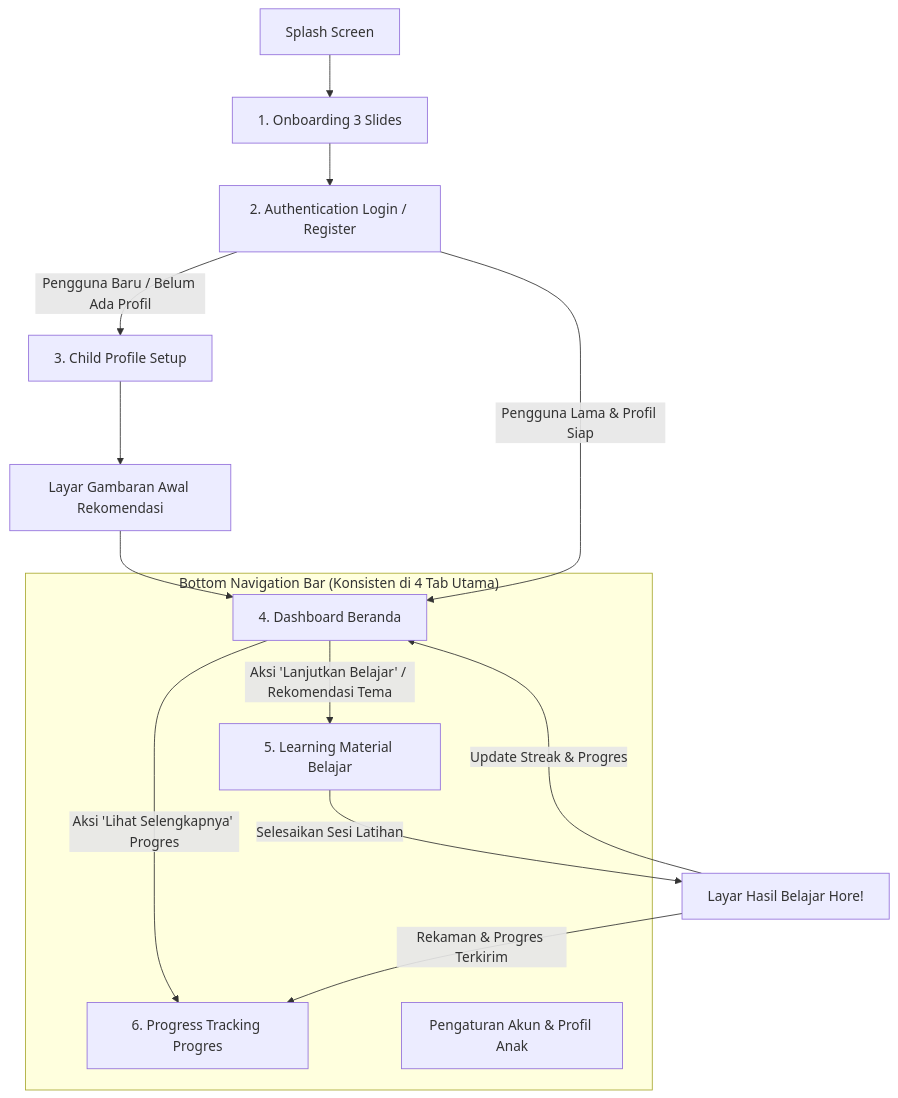
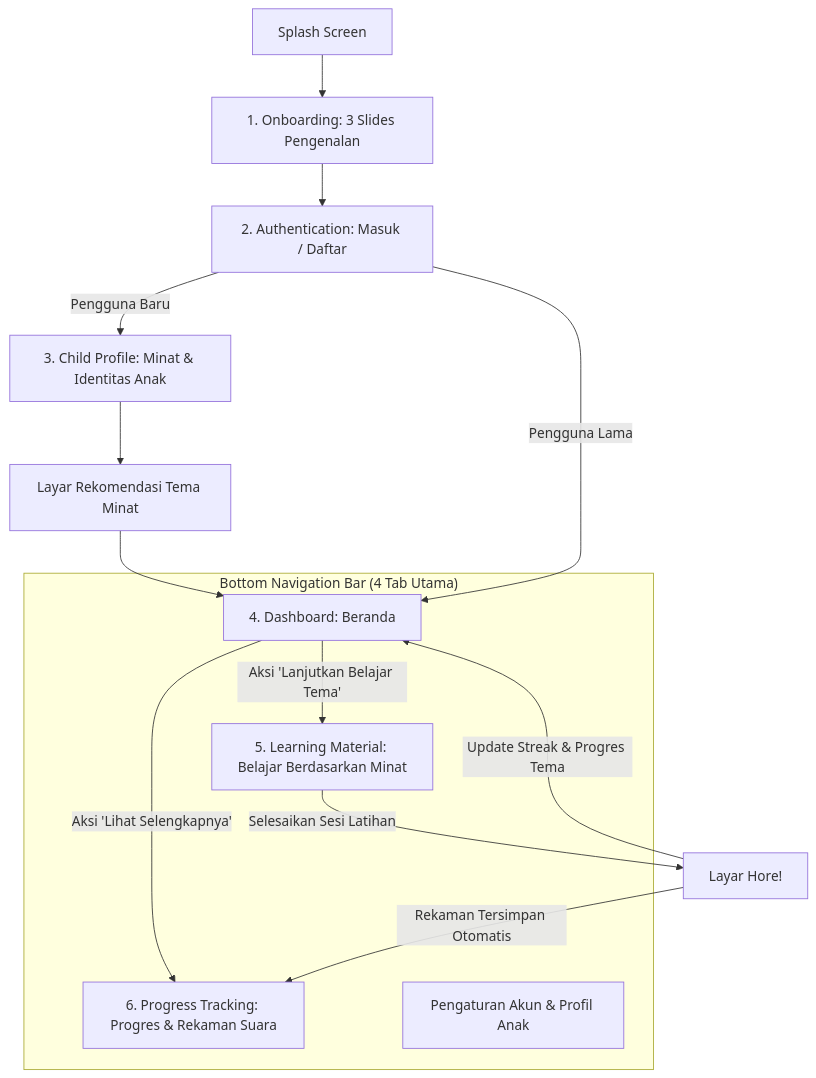
The diagram in PRD.md (nabathnm/prd-celoteh), drawn with Mermaid before and after one commit. The commit also changed other lines of this file and 6 other files, not shown here.

````diff
--- a/PRD.md
+++ b/PRD.md
@@ -86,24 +88,24 @@
 ```mermaid
 flowchart TD
-    Splash[Splash Screen] --> Onboarding[1. Onboarding 3 Slides]
-    Onboarding --> Auth[2. Authentication Login / Register]
+    Splash[Splash Screen] --> Onboarding[1. Onboarding: 3 Slides Pengenalan]
+    Onboarding --> Auth[2. Authentication: Masuk / Daftar]
     
-    Auth -->|Pengguna Baru / Belum Ada Profil| ChildProfile[3. Child Profile Setup]
-    ChildProfile --> BaselineSummary[Layar Gambaran Awal Rekomendasi]
-    BaselineSummary --> Dashboard[4. Dashboard Beranda]
+    Auth -->|Pengguna Baru| ChildProfile[3. Child Profile: Minat & Identitas Anak]
+    ChildProfile --> Summary[Layar Rekomendasi Tema Minat]
+    Summary --> Dashboard[4. Dashboard: Beranda]
     
-    Auth -->|Pengguna Lama & Profil Siap| Dashboard
+    Auth -->|Pengguna Lama| Dashboard
     
-    subgraph BottomNav ["Bottom Navigation Bar (Konsisten di 4 Tab Utama)"]
+    subgraph BottomNav ["Bottom Navigation Bar (4 Tab Utama)"]
         Dashboard
-        Learning[5. Learning Material Belajar]
-        Progress[6. Progress Tracking Progres]
+        Learning[5. Learning Material: Belajar Berdasarkan Minat]
+        Progress[6. Progress Tracking: Progres & Rekaman Suara]
         ProfileTab[Pengaturan Akun & Profil Anak]
     end
 
-    Dashboard -->|Aksi 'Lanjutkan Belajar' / Rekomendasi Tema| Learning
-    Dashboard -->|Aksi 'Lihat Selengkapnya' Progres| Progress
-    Learning -->|Selesaikan Sesi Latihan| SessionResult[Layar Hasil Belajar Hore!]
-    SessionResult -->|Rekaman & Progres Terkirim| Progress
-    SessionResult -->|Update Streak & Progres| Dashboard
+    Dashboard -->|Aksi 'Lanjutkan Belajar Tema'| Learning
+    Dashboard -->|Aksi 'Lihat Selengkapnya'| Progress
+    Learning -->|Selesaikan Sesi Latihan| SessionResult[Layar Hore!]
+    SessionResult -->|Rekaman Tersimpan Otomatis| Progress
+    SessionResult -->|Update Streak & Progres Tema| Dashboard
 ```
````
